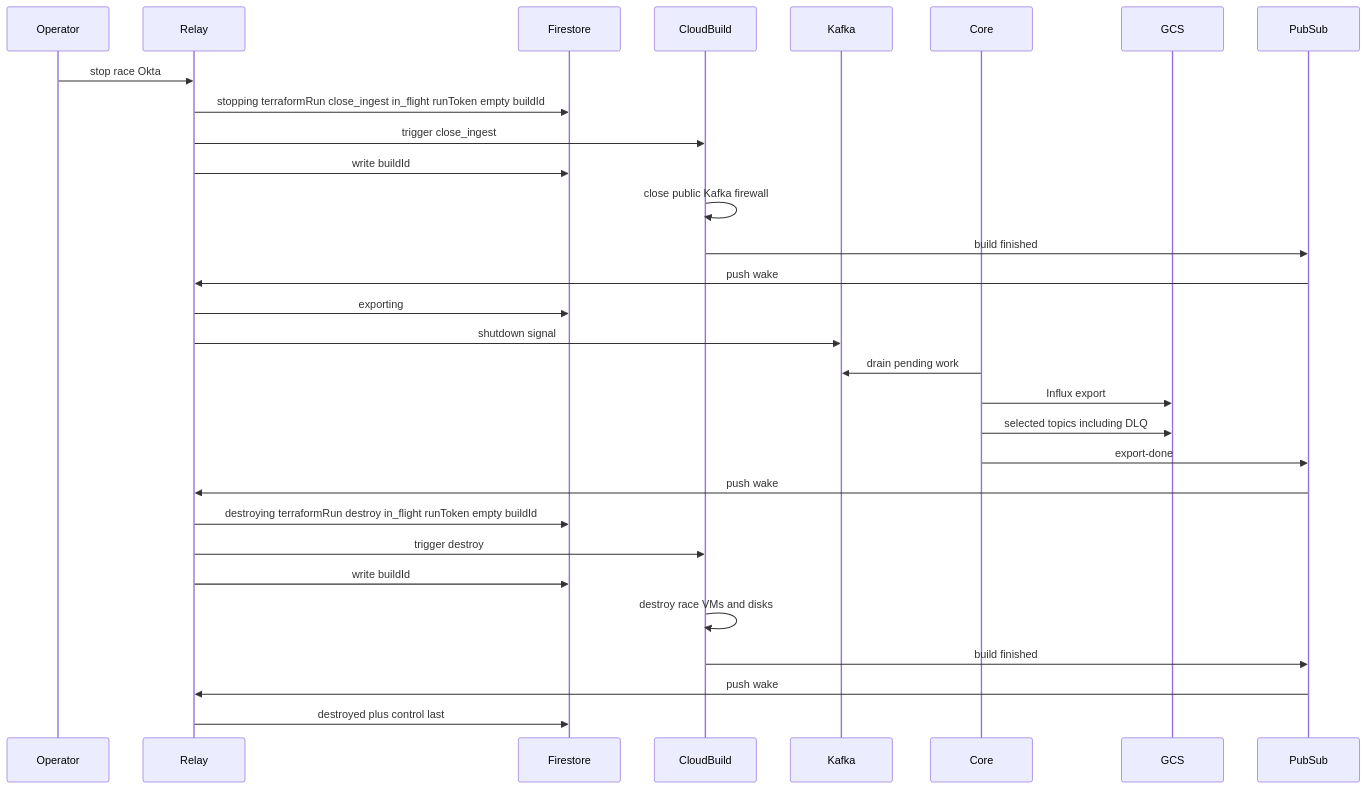
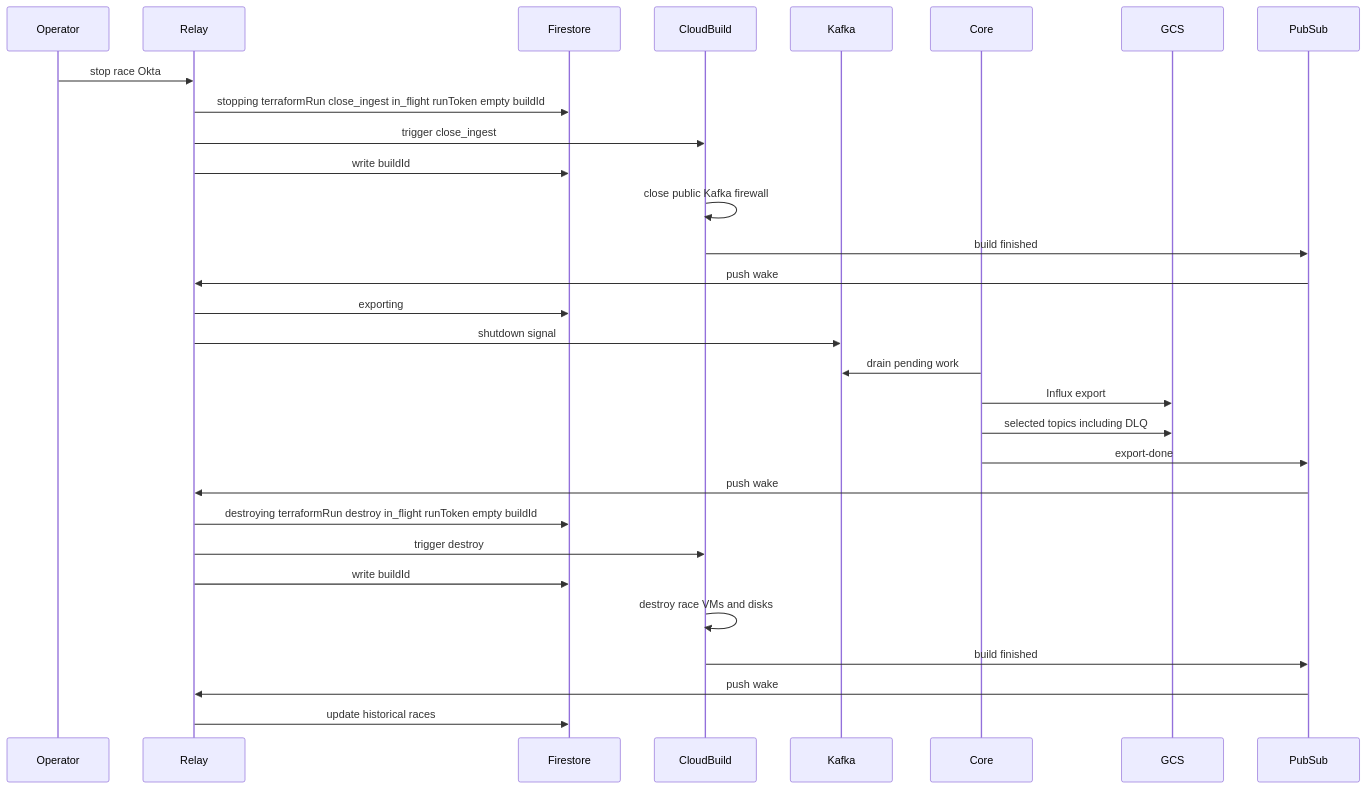
The diagram in docs/2-race-destruction.md (ChronoRacer/chronoracer), drawn with Mermaid before and after one commit. The commit also changed other lines of this file and 8 other files, not shown here.

````diff
--- a/docs/2-race-destruction.md
+++ b/docs/2-race-destruction.md
@@ -33,33 +33,33 @@
 ```mermaid
 sequenceDiagram
   participant Op as Operator
   participant Relay
   participant FS as Firestore
   participant CB as CloudBuild
   participant Kafka
   participant Core
   participant GCS
   participant PS as PubSub
 
   Op->>Relay: stop race Okta
   Relay->>FS: stopping terraformRun close_ingest in_flight runToken empty buildId
   Relay->>CB: trigger close_ingest
   Relay->>FS: write buildId
   CB->>CB: close public Kafka firewall
   CB->>PS: build finished
   PS->>Relay: push wake
   Relay->>FS: exporting
   Relay->>Kafka: shutdown signal
   Core->>Kafka: drain pending work
   Core->>GCS: Influx export
   Core->>GCS: selected topics including DLQ
   Core->>PS: export-done
   PS->>Relay: push wake
   Relay->>FS: destroying terraformRun destroy in_flight runToken empty buildId
   Relay->>CB: trigger destroy
   Relay->>FS: write buildId
   CB->>CB: destroy race VMs and disks
   CB->>PS: build finished
   PS->>Relay: push wake
-  Relay->>FS: destroyed plus control last
+  Relay->>FS: update historical races
 ```
````
